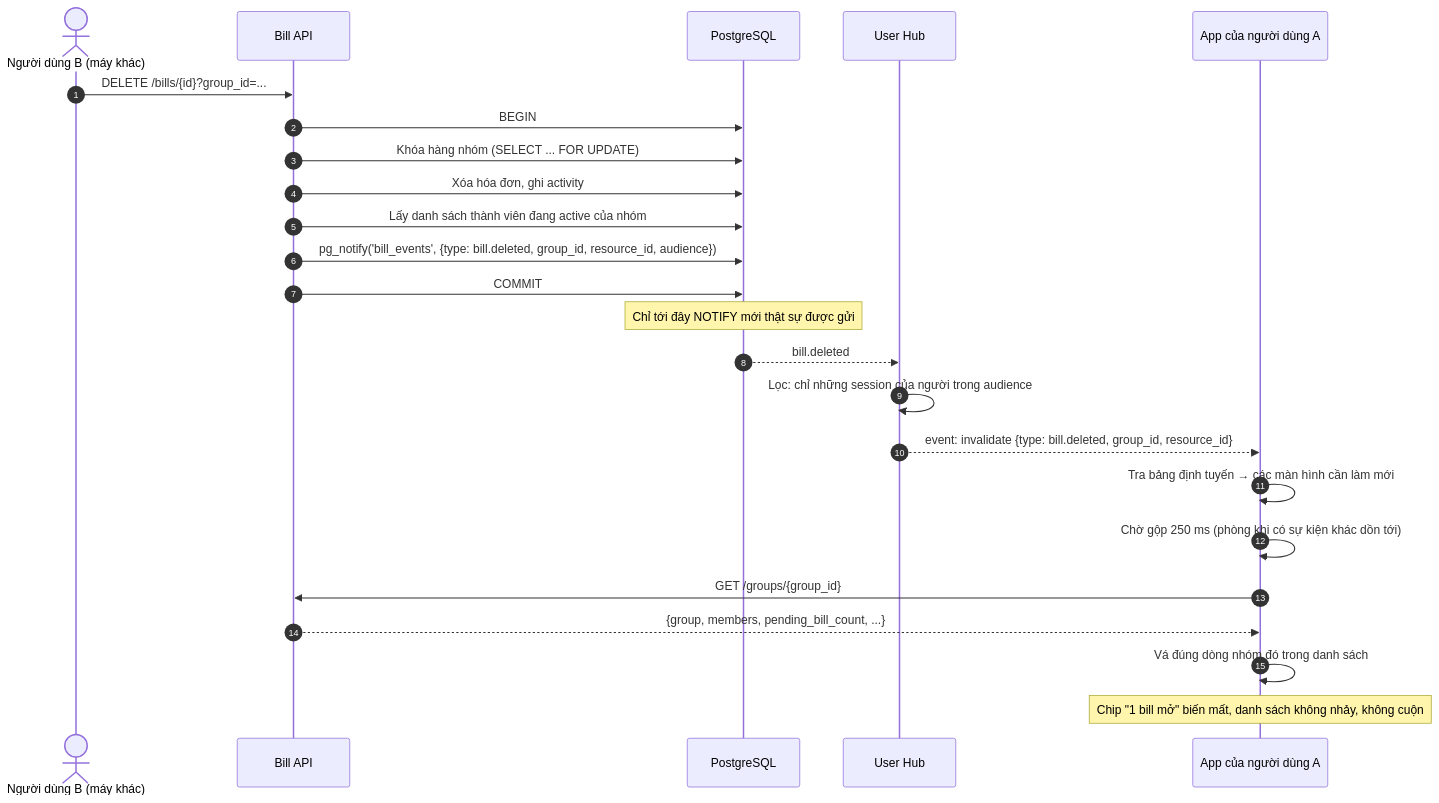
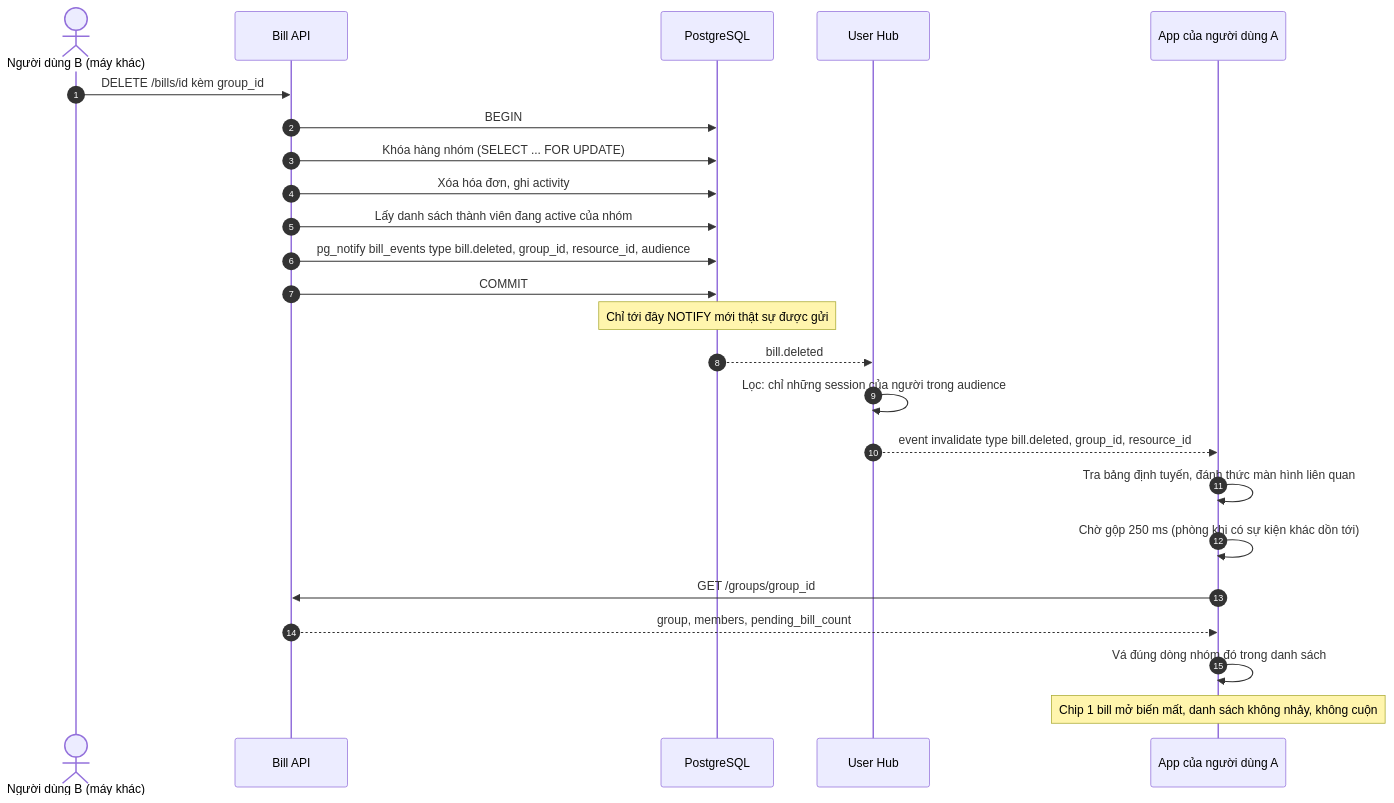
The fourth of 9 diagrams in flow/08-realtime.md (FintechVSF-Tranning/PaySplit-RP), drawn with Mermaid before and after one commit. The commit also changed other lines of this file and 7 other files, not shown here.

First line of the commit message:
Refactor notification flow and admin management documentation

````diff
--- a/flow/08-realtime.md
+++ b/flow/08-realtime.md
@@ -196,27 +222,27 @@
 ```mermaid
 sequenceDiagram
     autonumber
     actor B as Người dùng B (máy khác)
     participant API as Bill API
     participant PG as PostgreSQL
     participant Hub as User Hub
     participant A as App của người dùng A
 
-    B->>API: DELETE /bills/{id}?group_id=...
+    B->>API: DELETE /bills/id kèm group_id
     API->>PG: BEGIN
     API->>PG: Khóa hàng nhóm (SELECT ... FOR UPDATE)
     API->>PG: Xóa hóa đơn, ghi activity
     API->>PG: Lấy danh sách thành viên đang active của nhóm
-    API->>PG: pg_notify('bill_events', {type: bill.deleted, group_id, resource_id, audience})
+    API->>PG: pg_notify bill_events type bill.deleted, group_id, resource_id, audience
     API->>PG: COMMIT
     Note over PG: Chỉ tới đây NOTIFY mới thật sự được gửi
     PG-->>Hub: bill.deleted
     Hub->>Hub: Lọc: chỉ những session của người trong audience
-    Hub-->>A: event: invalidate {type: bill.deleted, group_id, resource_id}
-    A->>A: Tra bảng định tuyến → các màn hình cần làm mới
+    Hub-->>A: event invalidate type bill.deleted, group_id, resource_id
+    A->>A: Tra bảng định tuyến, đánh thức màn hình liên quan
     A->>A: Chờ gộp 250 ms (phòng khi có sự kiện khác dồn tới)
-    A->>API: GET /groups/{group_id}
-    API-->>A: {group, members, pending_bill_count, ...}
+    A->>API: GET /groups/group_id
+    API-->>A: group, members, pending_bill_count
     A->>A: Vá đúng dòng nhóm đó trong danh sách
-    Note over A: Chip "1 bill mở" biến mất, danh sách không nhảy, không cuộn
+    Note over A: Chip 1 bill mở biến mất, danh sách không nhảy, không cuộn
 ```
````
